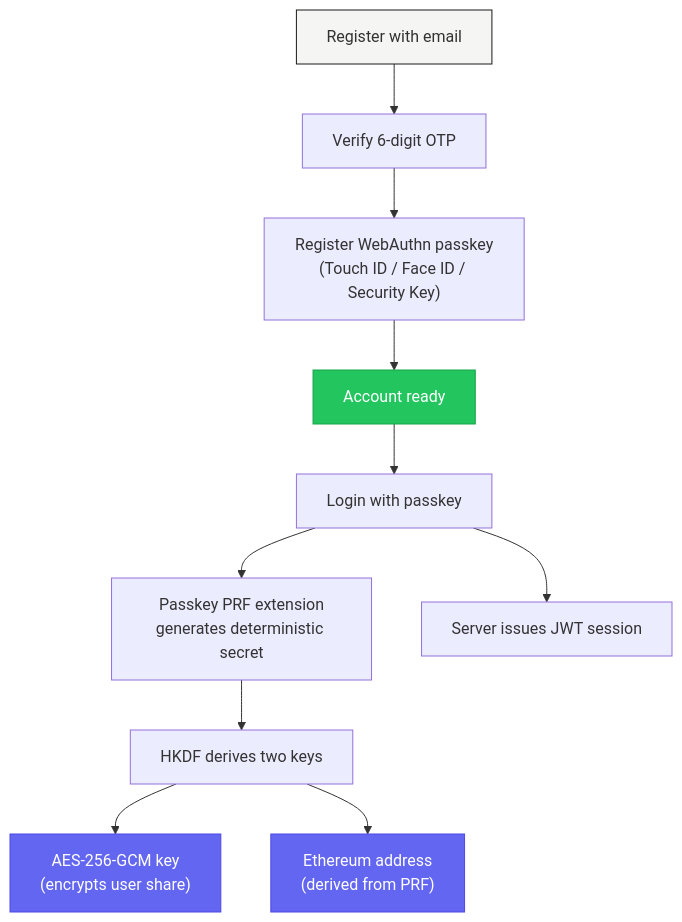
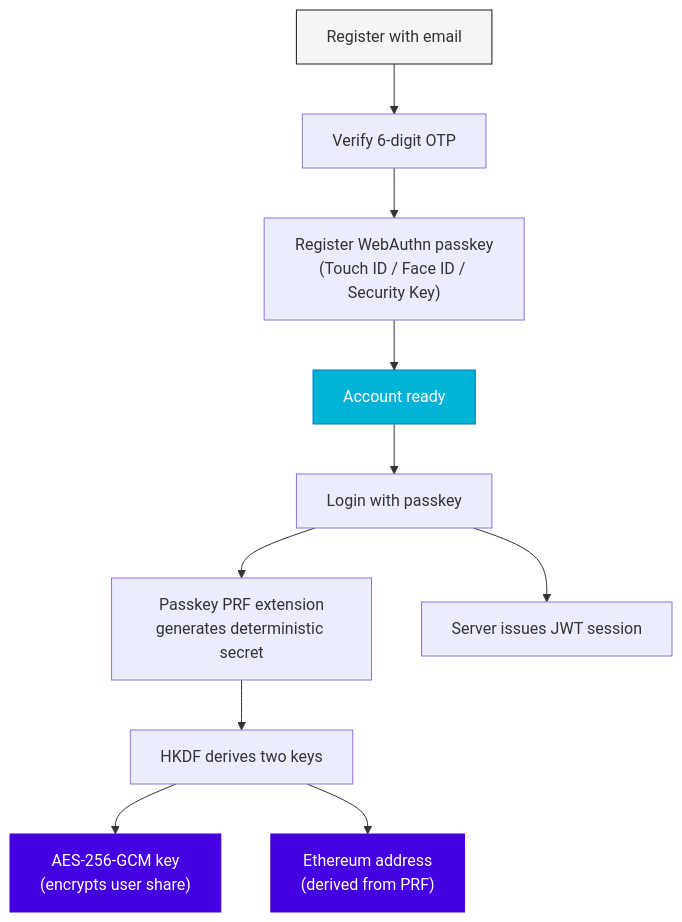
The second of 2 diagrams in guardian/concepts/security.mdx (AgentaOS/docs), drawn with Mermaid before and after one commit. The commit also changed other lines of this file and 28 other files, not shown here.

````diff
--- a/guardian/concepts/security.mdx
+++ b/guardian/concepts/security.mdx
@@ -87,18 +87,18 @@
 ```mermaid
 flowchart TD
     REG["Register with email"] --> OTP["Verify 6-digit OTP"]
     OTP --> PK["Register WebAuthn passkey\n(Touch ID / Face ID / Security Key)"]
     PK --> DONE["Account ready"]
 
     DONE --> LOGIN["Login with passkey"]
     LOGIN --> PRF["Passkey PRF extension\ngenerates deterministic secret"]
     PRF --> HKDF["HKDF derives two keys"]
     HKDF --> ENC_KEY["AES-256-GCM key\n(encrypts user share)"]
     HKDF --> ETH_ADDR["Ethereum address\n(derived from PRF)"]
     LOGIN --> JWT["Server issues JWT session"]
 
     style REG fill:#f5f5f3,stroke:#1a1a1a
-    style DONE fill:#22c55e,stroke:#16a34a,color:#fff
-    style ENC_KEY fill:#6366f1,stroke:#4f46e5,color:#fff
-    style ETH_ADDR fill:#6366f1,stroke:#4f46e5,color:#fff
+    style DONE fill:#00B4D8,stroke:#0077B6,color:#fff
+    style ENC_KEY fill:#4400E0,stroke:#4400E0,color:#fff
+    style ETH_ADDR fill:#4400E0,stroke:#4400E0,color:#fff
 ```
````
